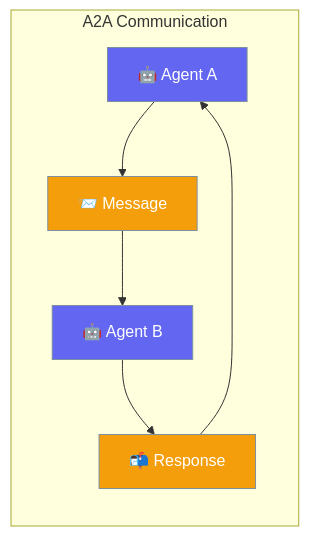
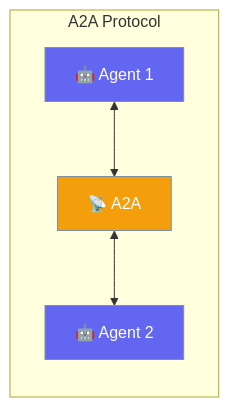
One commit to MervinPraison/PraisonAIDocs changed the diagram in docs/rust/a2a.mdx. Above: the diagram before and after it, drawn with Mermaid. The commit also changed other lines of this file and 87 other files, not shown here.

````diff
--- a/docs/rust/a2a.mdx
+++ b/docs/rust/a2a.mdx
@@ -10,15 +10,13 @@
 ```mermaid
 graph LR
-    subgraph "A2A Communication"
-        A1[🤖 Agent A] --> M[📨 Message]
-        M --> A2[🤖 Agent B]
-        A2 --> R[📬 Response]
-        R --> A1
+    subgraph "A2A Protocol"
+        A1[🤖 Agent 1] <--> P[📡 A2A]
+        P <--> A2[🤖 Agent 2]
     end
     
     classDef agent fill:#6366F1,stroke:#7C90A0,color:#fff
-    classDef message fill:#F59E0B,stroke:#7C90A0,color:#fff
+    classDef protocol fill:#F59E0B,stroke:#7C90A0,color:#fff
     
     class A1,A2 agent
-    class M,R message
+    class P protocol
 ```
````
